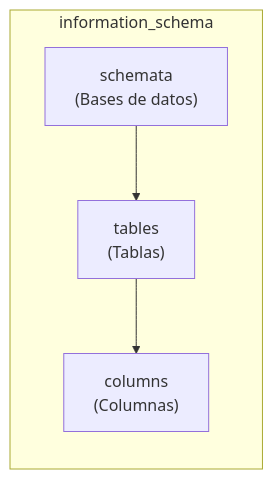
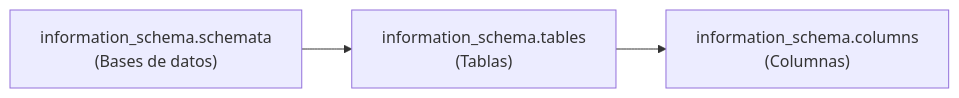
One commit to purpesec/Cybersecurity-For-Beginners changed the third of 5 diagrams in pentesting-web/02-fundamentos-sql/README.md. Above: the diagram before and after it, drawn with Mermaid. The commit also changed other lines of this file and 5 other files, not shown here.

````diff
--- a/pentesting-web/02-fundamentos-sql/README.md
+++ b/pentesting-web/02-fundamentos-sql/README.md
@@ -162,9 +161,5 @@
 ```mermaid
 flowchart LR
-    subgraph information_schema
-        S["schemata\n(Bases de datos)"]
-        T["tables\n(Tablas)"]
-        C["columns\n(Columnas)"]
-    end
-    S --> T --> C
+    S["information_schema.schemata\n(Bases de datos)"] --> T["information_schema.tables\n(Tablas)"]
+    T --> C["information_schema.columns\n(Columnas)"]
 ```
````
